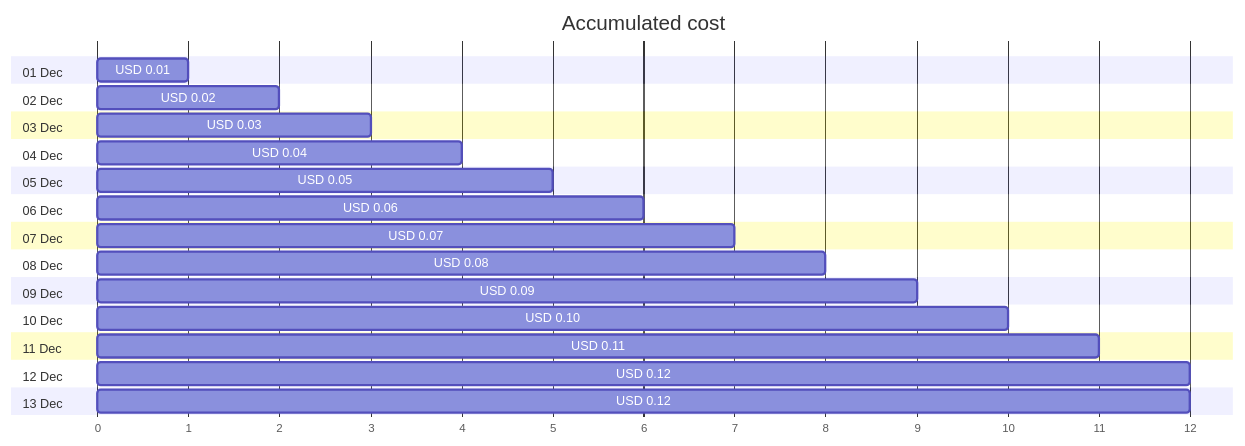
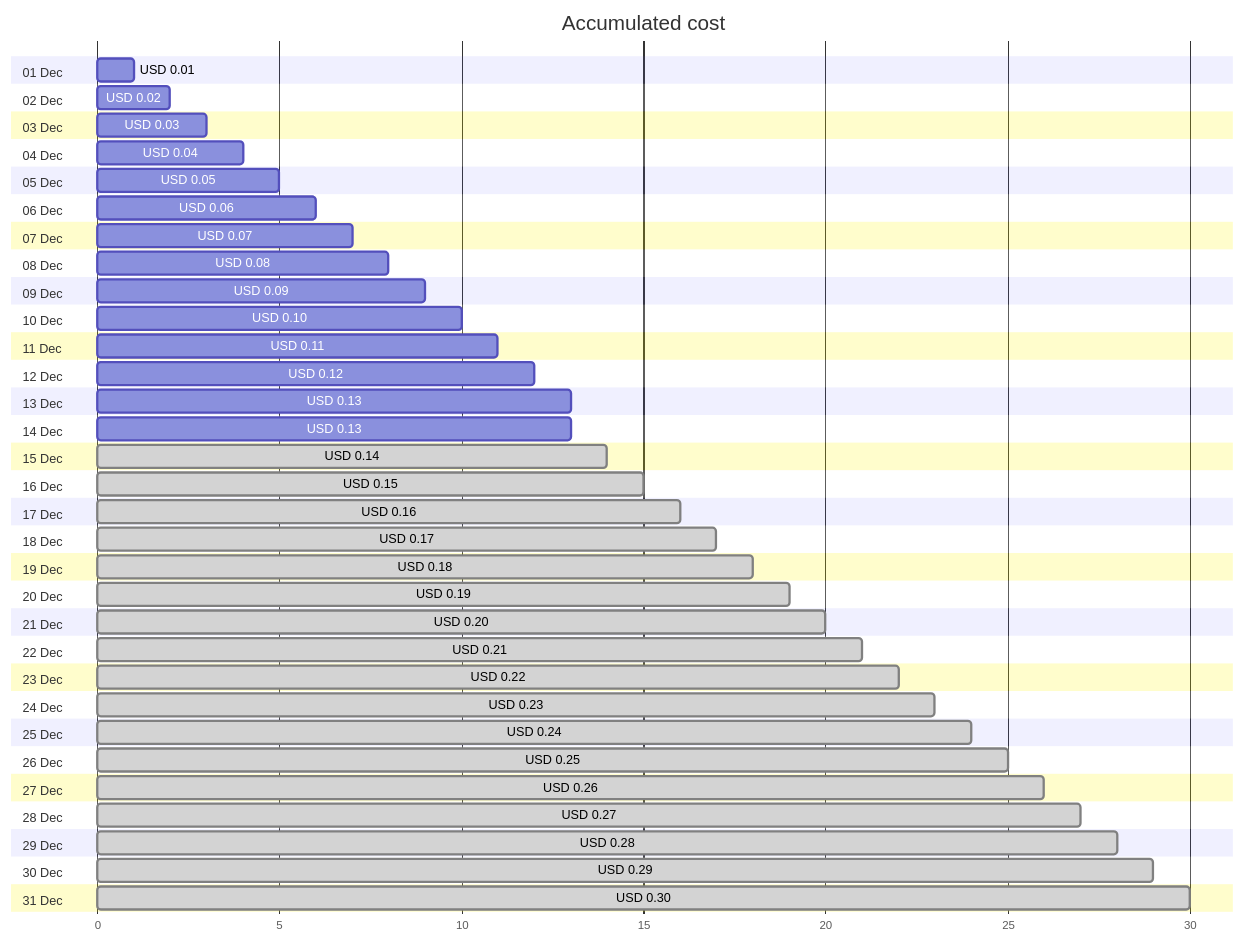
One commit to jpfulton/azure-personal-reports changed the first of 4 diagrams in cost-reports/cloud-shell-storage-eastus/cs2100300008c8d894b.md. Above: the diagram before and after it, drawn with Mermaid. The commit also changed other lines of this file and 1 other file, not shown here.

Commit message:
Generated reports [skip ci]

````diff
--- a/cost-reports/cloud-shell-storage-eastus/cs2100300008c8d894b.md
+++ b/cost-reports/cloud-shell-storage-eastus/cs2100300008c8d894b.md
@@ -20,32 +20,68 @@
 ```mermaid
 gantt
    title Accumulated cost
    dateFormat  X
    axisFormat %s
    section 01 Dec
    USD 0.01 :0, 1
    section 02 Dec
    USD 0.02 :0, 2
    section 03 Dec
    USD 0.03 :0, 3
    section 04 Dec
    USD 0.04 :0, 4
    section 05 Dec
    USD 0.05 :0, 5
    section 06 Dec
    USD 0.06 :0, 6
    section 07 Dec
    USD 0.07 :0, 7
    section 08 Dec
    USD 0.08 :0, 8
    section 09 Dec
    USD 0.09 :0, 9
    section 10 Dec
    USD 0.10 :0, 10
    section 11 Dec
    USD 0.11 :0, 11
    section 12 Dec
    USD 0.12 :0, 12
    section 13 Dec
-   USD 0.12 :0, 12
+   USD 0.13 :0, 13
+   section 14 Dec
+   USD 0.13 :0, 13
+   section 15 Dec
+   USD 0.14 : done, 0, 14
+   section 16 Dec
+   USD 0.15 : done, 0, 15
+   section 17 Dec
+   USD 0.16 : done, 0, 16
+   section 18 Dec
+   USD 0.17 : done, 0, 17
+   section 19 Dec
+   USD 0.18 : done, 0, 18
+   section 20 Dec
+   USD 0.19 : done, 0, 19
+   section 21 Dec
+   USD 0.20 : done, 0, 20
+   section 22 Dec
+   USD 0.21 : done, 0, 21
+   section 23 Dec
+   USD 0.22 : done, 0, 22
+   section 24 Dec
+   USD 0.23 : done, 0, 23
+   section 25 Dec
+   USD 0.24 : done, 0, 24
+   section 26 Dec
+   USD 0.25 : done, 0, 25
+   section 27 Dec
+   USD 0.26 : done, 0, 26
+   section 28 Dec
+   USD 0.27 : done, 0, 27
+   section 29 Dec
+   USD 0.28 : done, 0, 28
+   section 30 Dec
+   USD 0.29 : done, 0, 29
+   section 31 Dec
+   USD 0.30 : done, 0, 30
 ```
````
